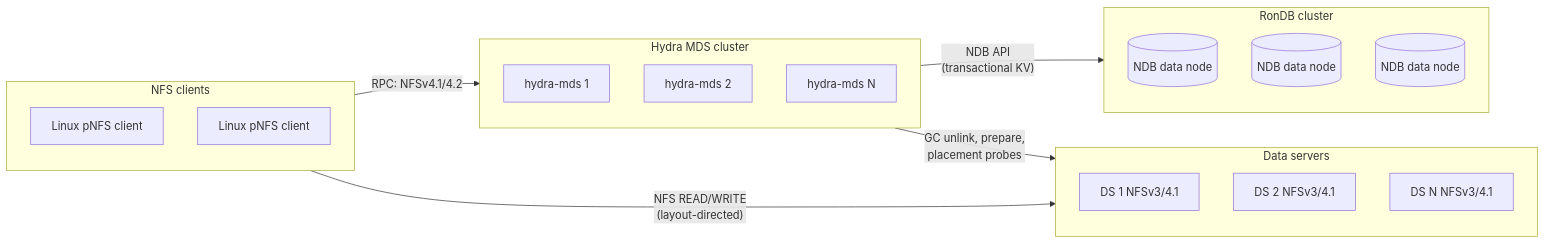
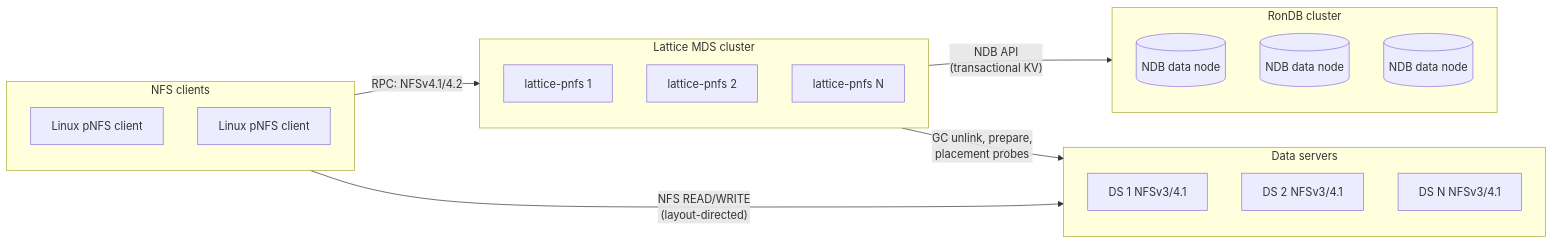
Before and after one commit to PEAK-AIO/pnfs-lattice: the first of 2 diagrams in docs/architecture.md, drawn with Mermaid. The commit also changed other lines of this file, not shown here.

First line of the commit message:
docs(architecture): rebrand Hydra -> Lattice

````diff
--- a/docs/architecture.md
+++ b/docs/architecture.md
@@ -35,26 +35,26 @@
 ```mermaid
 flowchart LR
     subgraph clients[NFS clients]
         c1[Linux pNFS client]
         c2[Linux pNFS client]
     end
-    subgraph mds[Hydra MDS cluster]
-        m1[hydra-mds 1]
-        m2[hydra-mds 2]
-        m3[hydra-mds N]
+    subgraph mds[Lattice MDS cluster]
+        m1[lattice-pnfs 1]
+        m2[lattice-pnfs 2]
+        m3[lattice-pnfs N]
     end
     subgraph ndb[RonDB cluster]
         ndbA[(NDB data node)]
         ndbB[(NDB data node)]
         ndbC[(NDB data node)]
     end
     subgraph ds[Data servers]
         d1[DS 1 NFSv3/4.1]
         d2[DS 2 NFSv3/4.1]
         d3[DS N NFSv3/4.1]
     end
     clients -- "RPC: NFSv4.1/4.2" --> mds
     mds -- "NDB API\n(transactional KV)" --> ndb
     clients -- "NFS READ/WRITE\n(layout-directed)" --> ds
     mds -- "GC unlink, prepare,\nplacement probes" --> ds
 ```
````
